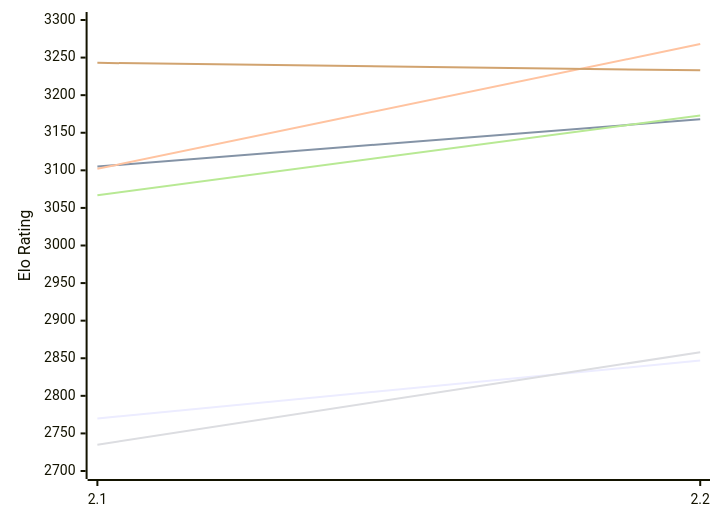
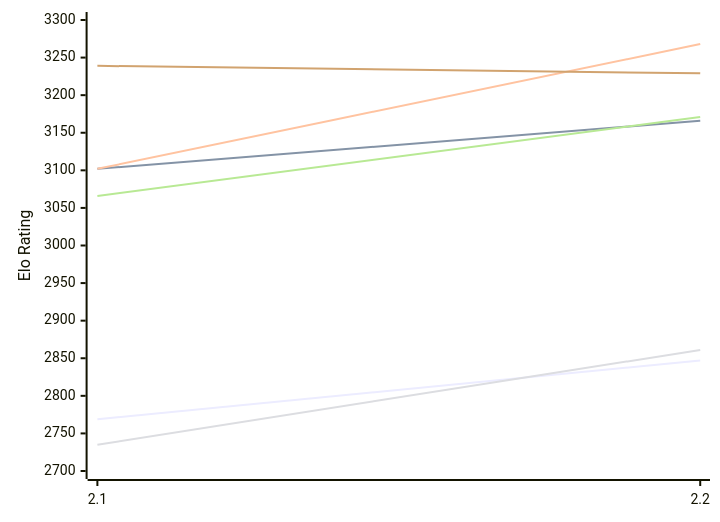
Before and after one commit to computer-chess-index/cci: the first of 2 diagrams in engines/Tunguska.md, drawn with Mermaid. The commit also changed other lines of this file, not shown here.

Commit message:
Update CCI Ratings (ELO VLTC) - 2026-11-19

````diff
--- a/engines/Tunguska.md
+++ b/engines/Tunguska.md
@@ -51,12 +51,12 @@
 ```mermaid
 %%{init: {"theme":"base","themeVariables":{"seriesColors:['#a3a3a3','#222221','#faa371']}}}%%
 xychart-beta
   x-axis ["2.1", "2.2"]
   y-axis "Elo Rating" 2700 --> 3300
-  line "E1: STC (8.0+0.08s)" [2770, 2847]
-  line "E1: LTC (60.0+0.60s)" [3105, 3168]
+  line "E1: STC (8.0+0.08s)" [2769, 2847]
+  line "E1: LTC (60.0+0.60s)" [3102, 3166]
   line "E1: VLTC (2m24s+1.12s)" [3102, 3268]
-  line "P1: STC (8.0+0.08s)" [2735, 2858]
-  line "P1: LTC (60.0+0.60s)" [3067, 3173]
-  line "P1: VLTC (2m24s+1.12s)" [3243, 3233]
+  line "P1: STC (8.0+0.08s)" [2735, 2861]
+  line "P1: LTC (60.0+0.60s)" [3066, 3171]
+  line "P1: VLTC (2m24s+1.12s)" [3239, 3229]
 ```
````
